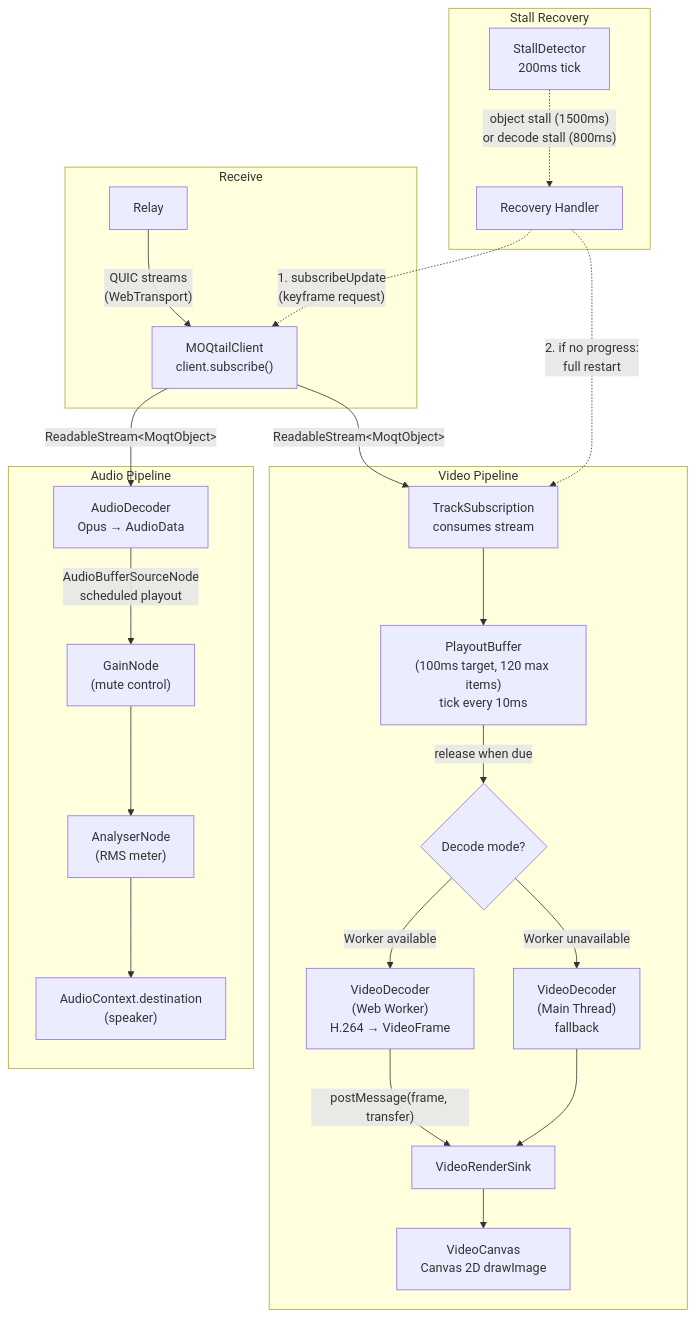
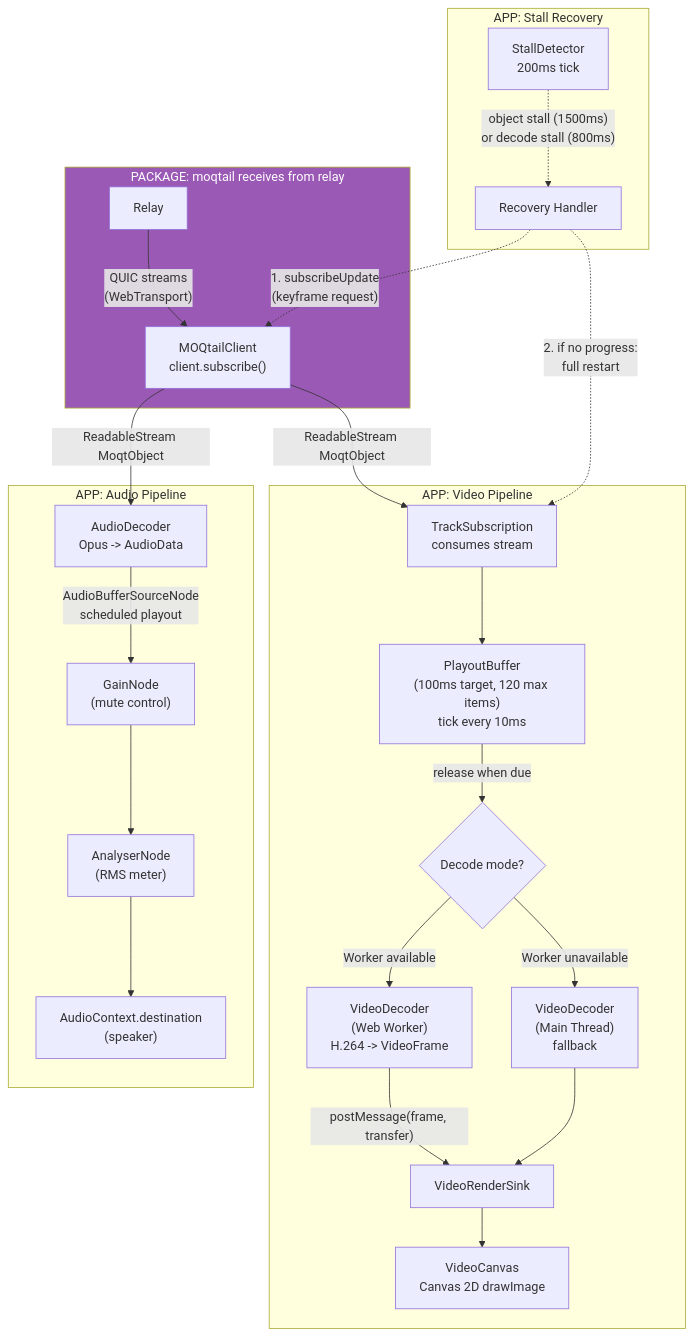
One commit to pathscale/moq-test5-moqtail changed the sixth of 9 diagrams in ARCHITECTURE.md. Above: the diagram before and after it, drawn with Mermaid. The commit also changed other lines of this file, not shown here.

First line of the commit message:
docs: clarify app vs protocol package throughout ARCHITECTURE.md

````diff
--- a/ARCHITECTURE.md
+++ b/ARCHITECTURE.md
@@ -203,30 +217,32 @@
 ```mermaid
 graph TD
-    subgraph Receive
+    subgraph Receive["PACKAGE: moqtail receives from relay"]
         RELAY["Relay"] -->|"QUIC streams\n(WebTransport)"| CLIENT["MOQtailClient\nclient.subscribe()"]
     end
 
-    subgraph VideoPath["Video Pipeline"]
-        CLIENT -->|"ReadableStream&lt;MoqtObject&gt;"| TS["TrackSubscription\nconsumes stream"]
+    subgraph VideoPath["APP: Video Pipeline"]
+        CLIENT -->|"ReadableStream MoqtObject"| TS["TrackSubscription\nconsumes stream"]
         TS --> PB["PlayoutBuffer\n(100ms target, 120 max items)\ntick every 10ms"]
         PB -->|"release when due"| DEC{"Decode mode?"}
-        DEC -->|"Worker available"| VD_W["VideoDecoder\n(Web Worker)\nH.264 → VideoFrame"]
+        DEC -->|"Worker available"| VD_W["VideoDecoder\n(Web Worker)\nH.264 -> VideoFrame"]
         DEC -->|"Worker unavailable"| VD_M["VideoDecoder\n(Main Thread)\nfallback"]
         VD_W -->|"postMessage(frame, transfer)"| SINK["VideoRenderSink"]
         VD_M --> SINK
         SINK --> CANVAS["VideoCanvas\nCanvas 2D drawImage"]
     end
 
-    subgraph AudioPath["Audio Pipeline"]
-        CLIENT -->|"ReadableStream&lt;MoqtObject&gt;"| ADEC["AudioDecoder\nOpus → AudioData"]
+    subgraph AudioPath["APP: Audio Pipeline"]
+        CLIENT -->|"ReadableStream MoqtObject"| ADEC["AudioDecoder\nOpus -> AudioData"]
         ADEC -->|"AudioBufferSourceNode\nscheduled playout"| GAIN["GainNode\n(mute control)"]
         GAIN --> ANALYSER["AnalyserNode\n(RMS meter)"]
         ANALYSER --> DEST["AudioContext.destination\n(speaker)"]
     end
 
-    subgraph Recovery["Stall Recovery"]
+    subgraph Recovery["APP: Stall Recovery"]
         SD["StallDetector\n200ms tick"] -.->|"object stall (1500ms)\nor decode stall (800ms)"| REC["Recovery Handler"]
         REC -.->|"1. subscribeUpdate\n(keyframe request)"| CLIENT
         REC -.->|"2. if no progress:\nfull restart"| TS
     end
+
+    style Receive fill:#9b59b6,color:#fff
 ```
````
